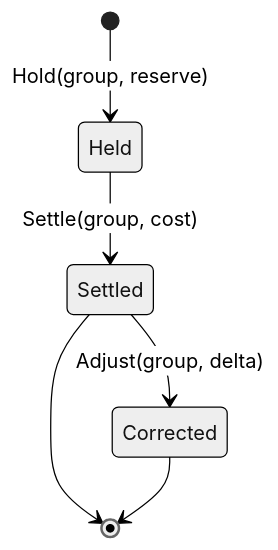
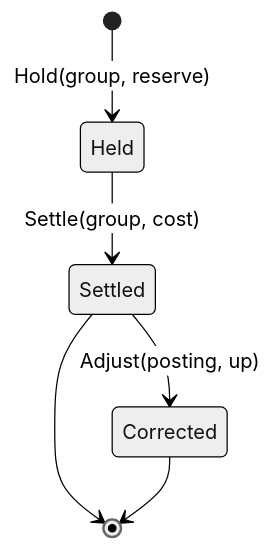
The fourth of 4 diagrams in docs/money-model.md (latere-ai/pay), drawn with Mermaid (neutral theme) before and after one commit. The commit also changed 5 other files, not shown here.

````diff
--- a/docs/money-model.md
+++ b/docs/money-model.md
@@ -84,8 +84,8 @@
 ```mermaid
 stateDiagram-v2
     [*] --> Held: Hold(group, reserve)
     Held --> Settled: Settle(group, cost)
     Settled --> [*]
-    Settled --> Corrected: Adjust(group, delta)
+    Settled --> Corrected: Adjust(posting, up)
     Corrected --> [*]
 ```
````
